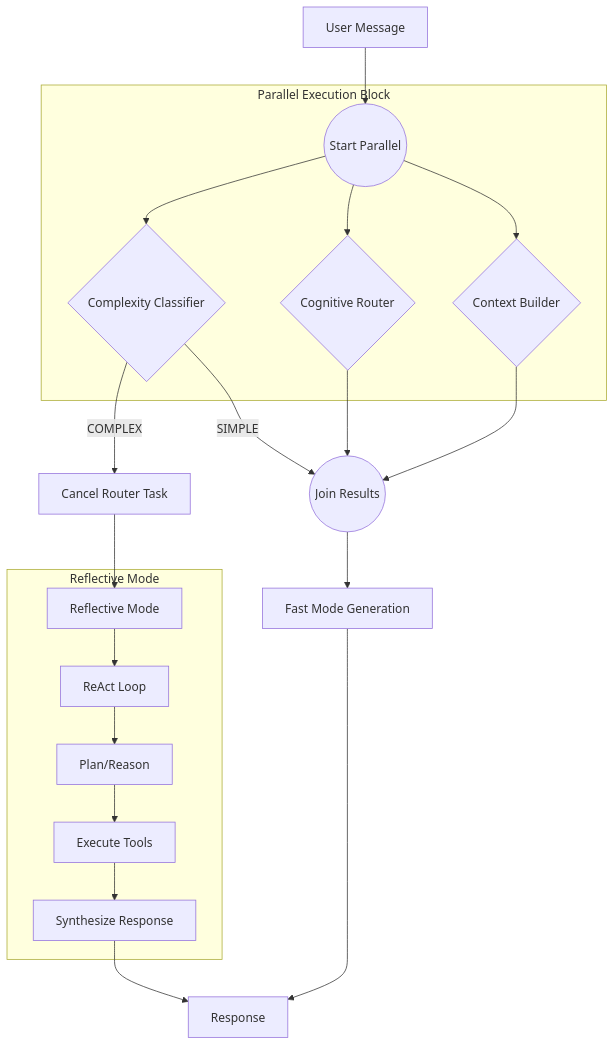
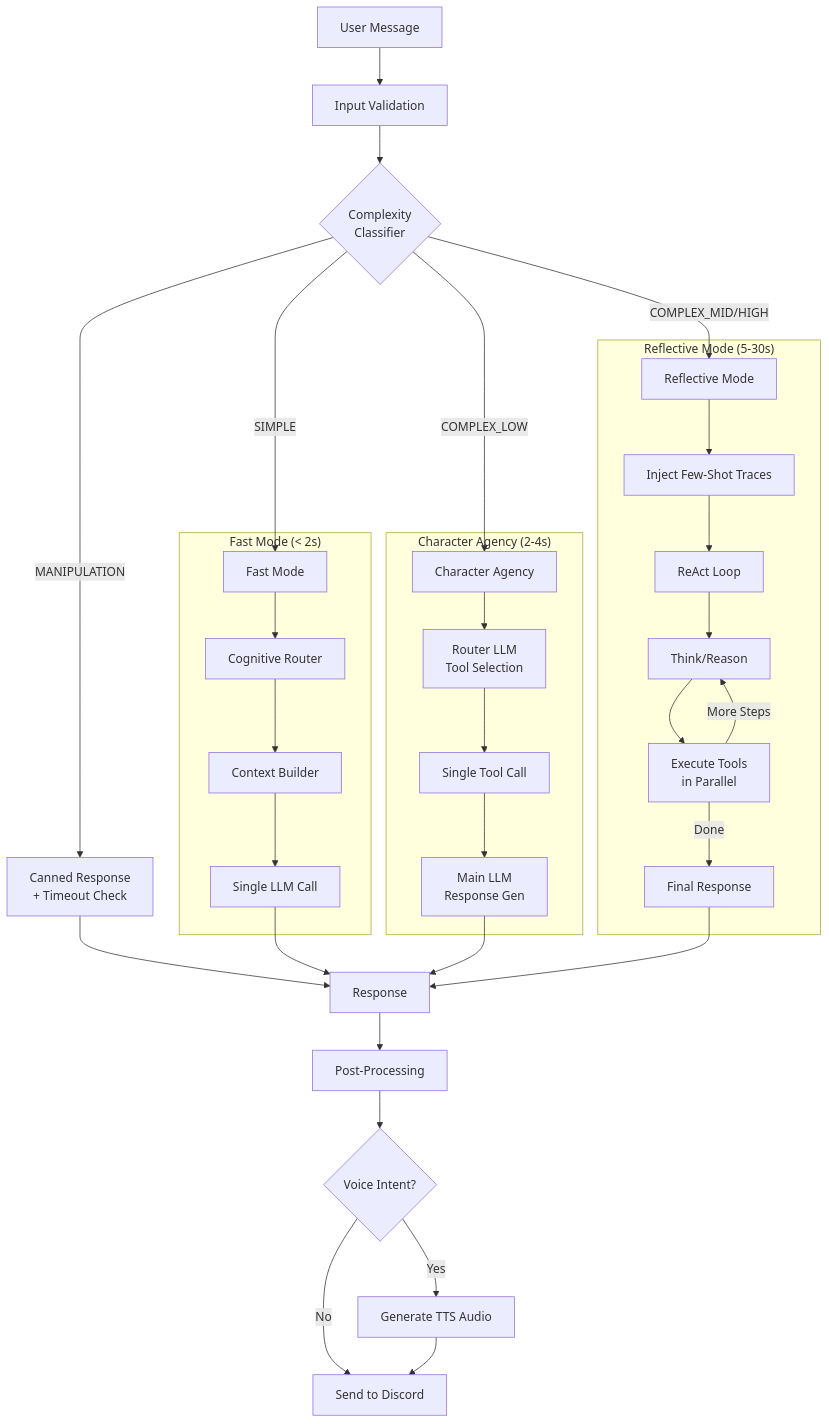
The first of 2 diagrams in docs/architecture/COGNITIVE_ENGINE.md (whisperengine-ai/whisperengine-v2), drawn with Mermaid before and after one commit. The commit also changed other lines of this file and 34 other files, not shown here.

First line of the commit message:
Update documentation for WhisperEngine v2 to version 2.2, reflecting the latest changes and enhancements across various architecture and feature documents. Key updates include:

````diff
--- a/docs/architecture/COGNITIVE_ENGINE.md
+++ b/docs/architecture/COGNITIVE_ENGINE.md
@@ -100,29 +201,43 @@
 ```mermaid
 graph TD
-    User[User Message] --> ParallelStart((Start Parallel))
+    User[User Message] --> Validate[Input Validation]
+    Validate --> Classify{Complexity<br/>Classifier}
     
-    subgraph "Parallel Execution Block"
-        ParallelStart --> Classify{Complexity Classifier}
-        ParallelStart --> Route{Cognitive Router}
-        ParallelStart --> Build{Context Builder}
+    Classify -->|MANIPULATION| Block[Canned Response<br/>+ Timeout Check]
+    
+    Classify -->|SIMPLE| Fast[Fast Mode]
+    Classify -->|COMPLEX_LOW| Agency[Character Agency]
+    Classify -->|COMPLEX_MID/HIGH| Reflective[Reflective Mode]
+    
+    subgraph "Fast Mode (< 2s)"
+        Fast --> Router[Cognitive Router]
+        Router --> ContextBuild[Context Builder]
+        ContextBuild --> SingleLLM[Single LLM Call]
     end
     
-    Classify -->|COMPLEX| Cancel[Cancel Router Task]
-    Cancel --> ReflectiveMode[Reflective Mode]
-    
-    Classify -->|SIMPLE| Join((Join Results))
-    Route --> Join
-    Build --> Join
-    
-    Join --> FastMode[Fast Mode Generation]
-    
-    subgraph "Reflective Mode"
-        ReflectiveMode --> ReAct[ReAct Loop]
-        ReAct --> Plan[Plan/Reason]
-        Plan --> Execute[Execute Tools]
-        Execute --> Synthesize[Synthesize Response]
+    subgraph "Character Agency (2-4s)"
+        Agency --> RouterLLM[Router LLM<br/>Tool Selection]
+        RouterLLM --> OneTool[Single Tool Call]
+        OneTool --> MainLLM[Main LLM<br/>Response Gen]
     end
     
-    FastMode --> Response
+    subgraph "Reflective Mode (5-30s)"
+        Reflective --> FewShot[Inject Few-Shot Traces]
+        FewShot --> ReAct[ReAct Loop]
+        ReAct --> Think[Think/Reason]
+        Think --> Tools[Execute Tools<br/>in Parallel]
+        Tools -->|More Steps| Think
+        Tools -->|Done| Synthesize[Final Response]
+    end
+    
+    Block --> Response
+    SingleLLM --> Response
+    MainLLM --> Response
     Synthesize --> Response
+    
+    Response --> PostProcess[Post-Processing]
+    PostProcess --> VoiceTTS{Voice Intent?}
+    VoiceTTS -->|Yes| TTS[Generate TTS Audio]
+    VoiceTTS -->|No| Send[Send to Discord]
+    TTS --> Send
 ```
````
